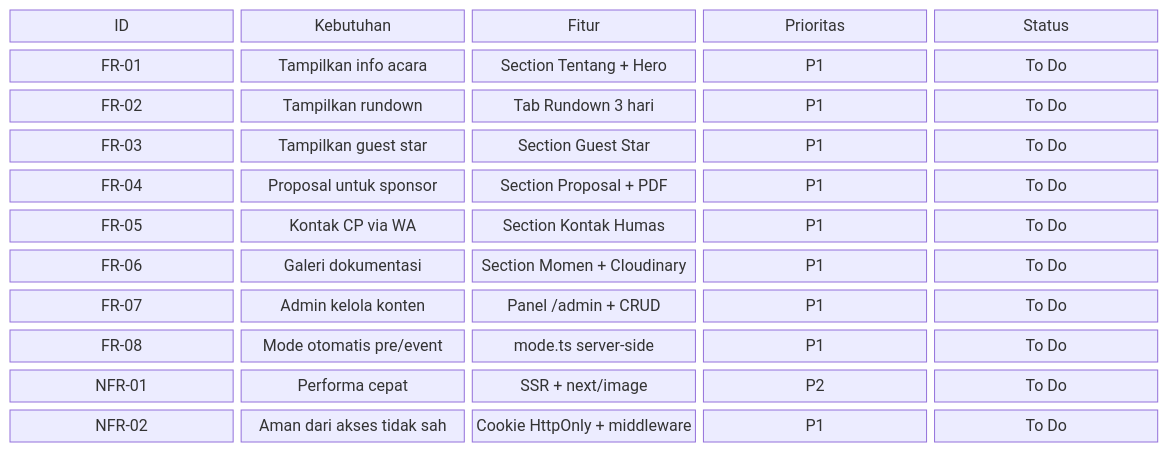
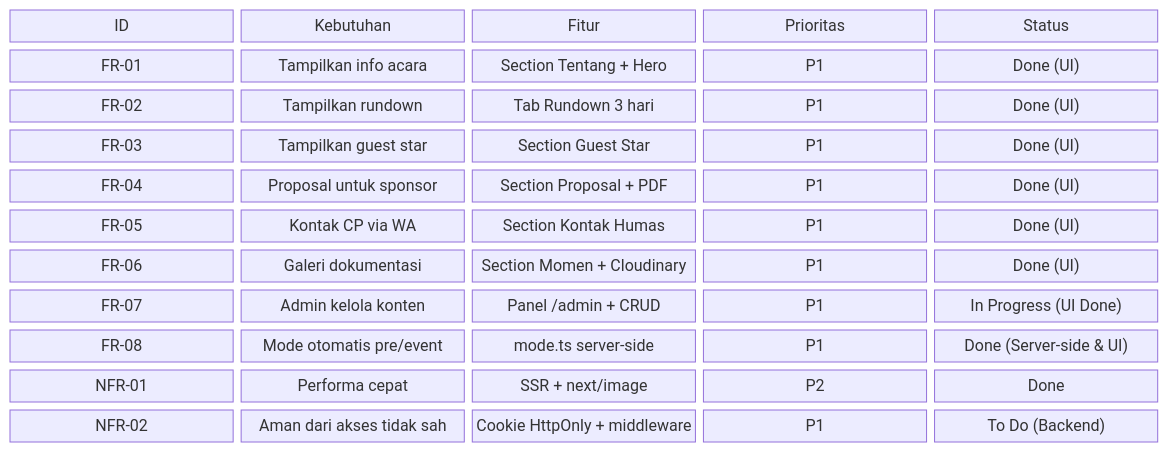
The seventh of 7 diagrams in docs/SRS.md (codeplyapp/Bharasena), drawn with Mermaid before and after one commit. The commit also changed 46 other files, not shown here.

Commit message:
feat: implementasi scaffold Next.js 15, token tema, section publik, view-model contract, dan UI admin

````diff
--- a/docs/SRS.md
+++ b/docs/SRS.md
@@ -236,16 +236,16 @@
 ```mermaid
 block-beta
     columns 5
     H1["ID"] H2["Kebutuhan"] H3["Fitur"] H4["Prioritas"] H5["Status"]
 
-    R1["FR-01"] R2["Tampilkan info acara"] R3["Section Tentang + Hero"] R4["P1"] R5["To Do"]
-    R6["FR-02"] R7["Tampilkan rundown"] R8["Tab Rundown 3 hari"] R9["P1"] R10["To Do"]
-    R11["FR-03"] R12["Tampilkan guest star"] R13["Section Guest Star"] R14["P1"] R15["To Do"]
-    R16["FR-04"] R17["Proposal untuk sponsor"] R18["Section Proposal + PDF"] R19["P1"] R20["To Do"]
-    R21["FR-05"] R22["Kontak CP via WA"] R23["Section Kontak Humas"] R24["P1"] R25["To Do"]
-    R26["FR-06"] R27["Galeri dokumentasi"] R28["Section Momen + Cloudinary"] R29["P1"] R30["To Do"]
-    R31["FR-07"] R32["Admin kelola konten"] R33["Panel /admin + CRUD"] R34["P1"] R35["To Do"]
-    R36["FR-08"] R37["Mode otomatis pre/event"] R38["mode.ts server-side"] R39["P1"] R40["To Do"]
-    R41["NFR-01"] R42["Performa cepat"] R43["SSR + next/image"] R44["P2"] R45["To Do"]
-    R46["NFR-02"] R47["Aman dari akses tidak sah"] R48["Cookie HttpOnly + middleware"] R49["P1"] R50["To Do"]
+    R1["FR-01"] R2["Tampilkan info acara"] R3["Section Tentang + Hero"] R4["P1"] R5["Done (UI)"]
+    R6["FR-02"] R7["Tampilkan rundown"] R8["Tab Rundown 3 hari"] R9["P1"] R10["Done (UI)"]
+    R11["FR-03"] R12["Tampilkan guest star"] R13["Section Guest Star"] R14["P1"] R15["Done (UI)"]
+    R16["FR-04"] R17["Proposal untuk sponsor"] R18["Section Proposal + PDF"] R19["P1"] R20["Done (UI)"]
+    R21["FR-05"] R22["Kontak CP via WA"] R23["Section Kontak Humas"] R24["P1"] R25["Done (UI)"]
+    R26["FR-06"] R27["Galeri dokumentasi"] R28["Section Momen + Cloudinary"] R29["P1"] R30["Done (UI)"]
+    R31["FR-07"] R32["Admin kelola konten"] R33["Panel /admin + CRUD"] R34["P1"] R35["In Progress (UI Done)"]
+    R36["FR-08"] R37["Mode otomatis pre/event"] R38["mode.ts server-side"] R39["P1"] R40["Done (Server-side & UI)"]
+    R41["NFR-01"] R42["Performa cepat"] R43["SSR + next/image"] R44["P2"] R45["Done"]
+    R46["NFR-02"] R47["Aman dari akses tidak sah"] R48["Cookie HttpOnly + middleware"] R49["P1"] R50["To Do (Backend)"]
 ```
````
